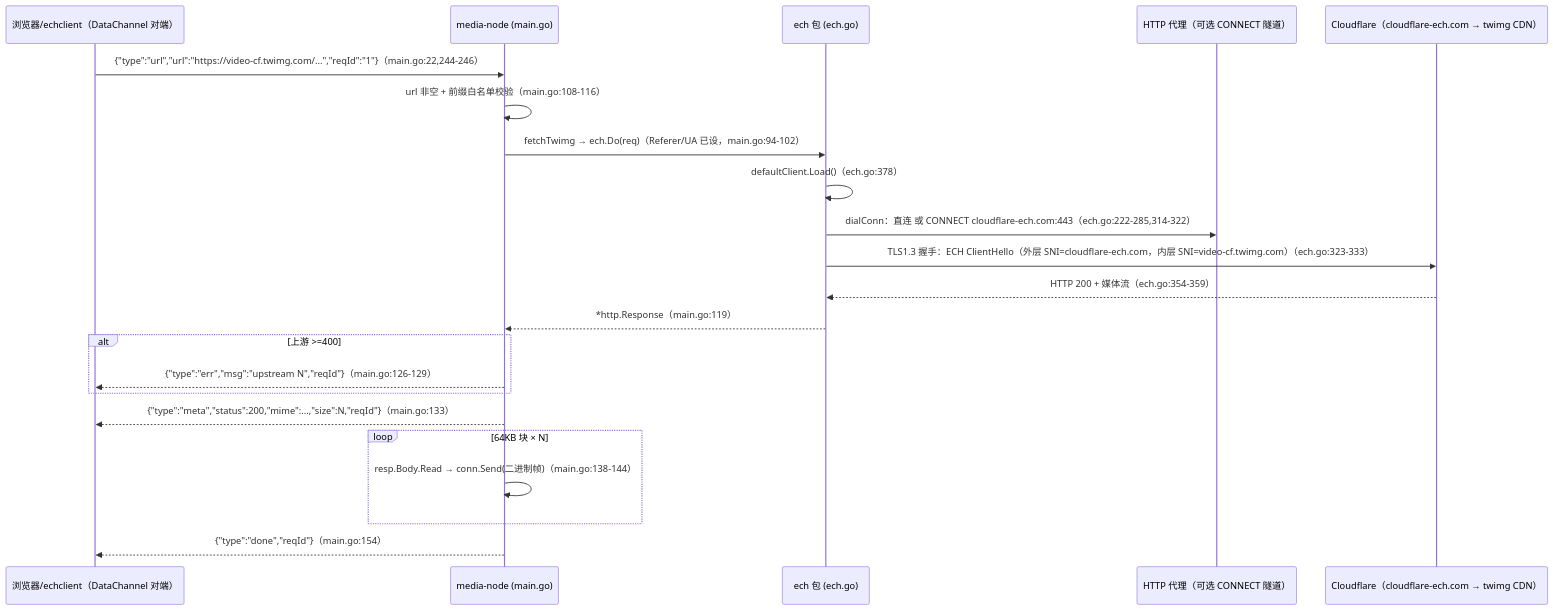
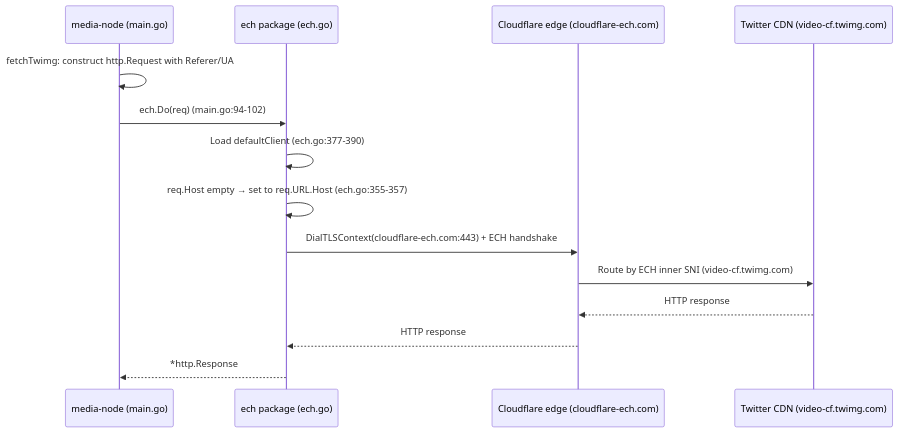
Before and after one commit to Hana-ame/peerdrive: the second of 4 diagrams in doc/design/connections/13-media-node-ech.md, drawn with Mermaid. The commit also changed other lines of this file and 357 other files, not shown here.

````diff
--- a/doc/design/connections/13-media-node-ech.md
+++ b/doc/design/connections/13-media-node-ech.md
@@ -63,25 +62,17 @@
 ```mermaid
 sequenceDiagram
-  participant B as 浏览器/echclient（DataChannel 对端）
   participant M as media-node (main.go)
-  participant E as ech 包 (ech.go)
-  participant P as HTTP 代理（可选 CONNECT 隧道）
-  participant CF as Cloudflare（cloudflare-ech.com → twimg CDN）
+  participant E as ech package (ech.go)
+  participant CF as Cloudflare edge (cloudflare-ech.com)
+  participant TW as Twitter CDN (video-cf.twimg.com)
 
-  B->>M: {"type":"url","url":"https://video-cf.twimg.com/...","reqId":"1"}（main.go:22,244-246）
-  M->>M: url 非空 + 前缀白名单校验（main.go:108-116）
-  M->>E: fetchTwimg → ech.Do(req)（Referer/UA 已设，main.go:94-102）
-  E->>E: defaultClient.Load()（ech.go:378）
-  E->>P: dialConn：直连 或 CONNECT cloudflare-ech.com:443（ech.go:222-285,314-322）
-  E->>CF: TLS1.3 握手：ECH ClientHello（外层 SNI=cloudflare-ech.com，内层 SNI=video-cf.twimg.com）（ech.go:323-333）
-  CF-->>E: HTTP 200 + 媒体流（ech.go:354-359）
-  E-->>M: *http.Response（main.go:119）
-  alt 上游 >=400
-    M-->>B: {"type":"err","msg":"upstream N","reqId"}（main.go:126-129）
-  end
-  M-->>B: {"type":"meta","status":200,"mime":...,"size":N,"reqId"}（main.go:133）
-  loop 64KB 块 × N
-    M->>M: resp.Body.Read → conn.Send(二进制帧)（main.go:138-144）
-  end
-  M-->>B: {"type":"done","reqId"}（main.go:154）
+  M->>M: fetchTwimg: construct http.Request with Referer/UA
+  M->>E: ech.Do(req) (main.go:94-102)
+  E->>E: Load defaultClient (ech.go:377-390)
+  E->>E: req.Host empty → set to req.URL.Host (ech.go:355-357)
+  E->>CF: DialTLSContext(cloudflare-ech.com:443) + ECH handshake
+  CF->>TW: Route by ECH inner SNI (video-cf.twimg.com)
+  TW-->>CF: HTTP response
+  CF-->>E: HTTP response
+  E-->>M: *http.Response
 ```
````
